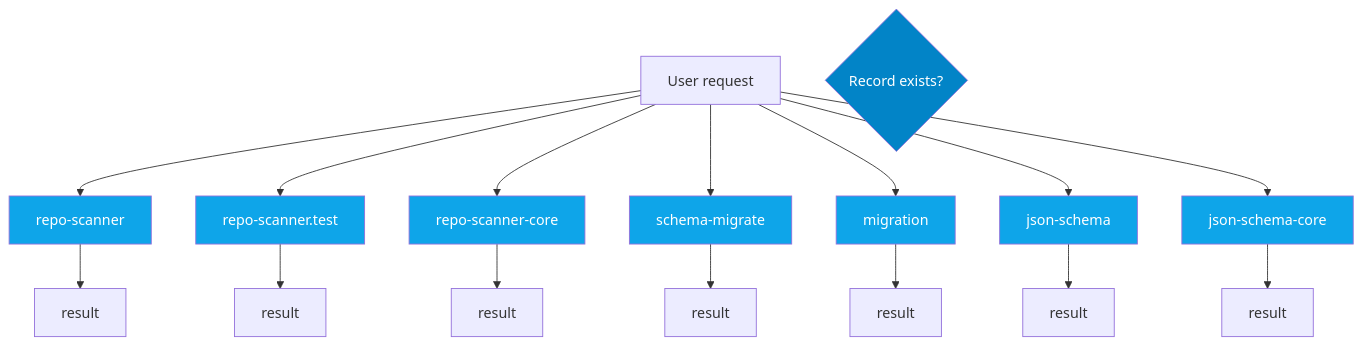
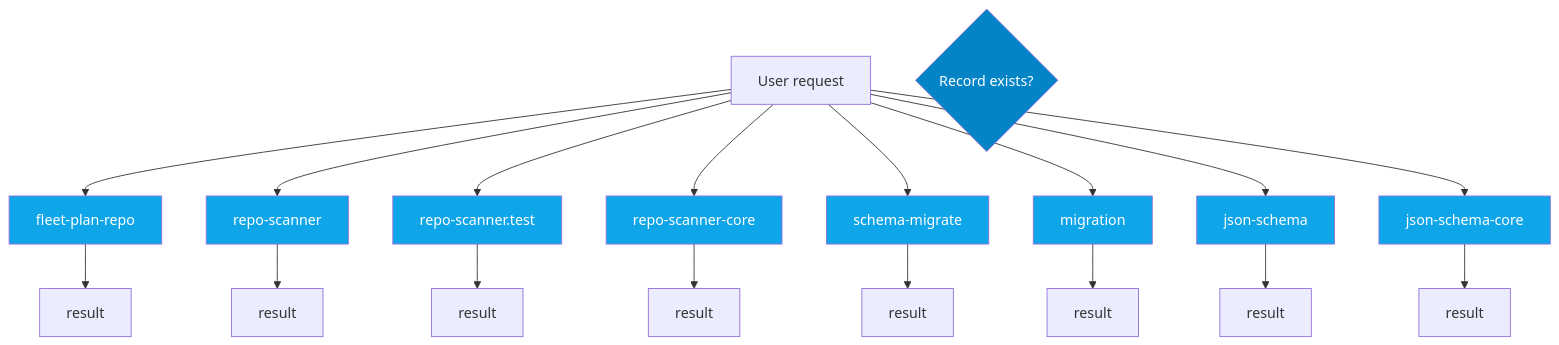
Before and after one commit to jscraik/coding-harness: the sixth of 14 diagrams in AI/context/diagram-context.md, drawn with Mermaid. The commit also changed other lines of this file, not shown here.

First line of the commit message:
docs(diagram): refresh architecture context artifacts

````diff
--- a/AI/context/diagram-context.md
+++ b/AI/context/diagram-context.md
@@ -428,31 +424,34 @@
 ```mermaid
 flowchart TD
   UserRequest["User request"]
   Decision{Record exists?}
+  fleet_plan_repo_ecdc6499["fleet-plan-repo"]
+  UserRequest --> fleet_plan_repo_ecdc6499
+  fleet_plan_repo_ecdc6499 --> fleet_plan_repo_ecdc6499_result["result"]
   repo_scanner_a8b2579e["repo-scanner"]
   UserRequest --> repo_scanner_a8b2579e
   repo_scanner_a8b2579e --> repo_scanner_a8b2579e_result["result"]
   repo_scanner_test_cb7e9d00["repo-scanner.test"]
   UserRequest --> repo_scanner_test_cb7e9d00
   repo_scanner_test_cb7e9d00 --> repo_scanner_test_cb7e9d00_result["result"]
   repo_scanner_core_8e9f7646["repo-scanner-core"]
   UserRequest --> repo_scanner_core_8e9f7646
   repo_scanner_core_8e9f7646 --> repo_scanner_core_8e9f7646_result["result"]
   schema_migrate_c0646635["schema-migrate"]
   UserRequest --> schema_migrate_c0646635
   schema_migrate_c0646635 --> schema_migrate_c0646635_result["result"]
   migration_8a6cead4["migration"]
   UserRequest --> migration_8a6cead4
   migration_8a6cead4 --> migration_8a6cead4_result["result"]
   json_schema_74a768d7["json-schema"]
   UserRequest --> json_schema_74a768d7
   json_schema_74a768d7 --> json_schema_74a768d7_result["result"]
   json_schema_core_96d7e328["json-schema-core"]
   UserRequest --> json_schema_core_96d7e328
   json_schema_core_96d7e328 --> json_schema_core_96d7e328_result["result"]
   classDef dbNode fill:#0ea5e9,color:#fff
-  class repo_scanner_a8b2579e,repo_scanner_test_cb7e9d00,repo_scanner_core_8e9f7646,schema_migrate_c0646635,migration_8a6cead4,json_schema_74a768d7,json_schema_core_96d7e328 dbNode
+  class fleet_plan_repo_ecdc6499,repo_scanner_a8b2579e,repo_scanner_test_cb7e9d00,repo_scanner_core_8e9f7646,schema_migrate_c0646635,migration_8a6cead4,json_schema_74a768d7,json_schema_core_96d7e328 dbNode
   classDef decisionNode fill:#0284c7,color:#fff
   class Decision decisionNode
 
 ```
````
